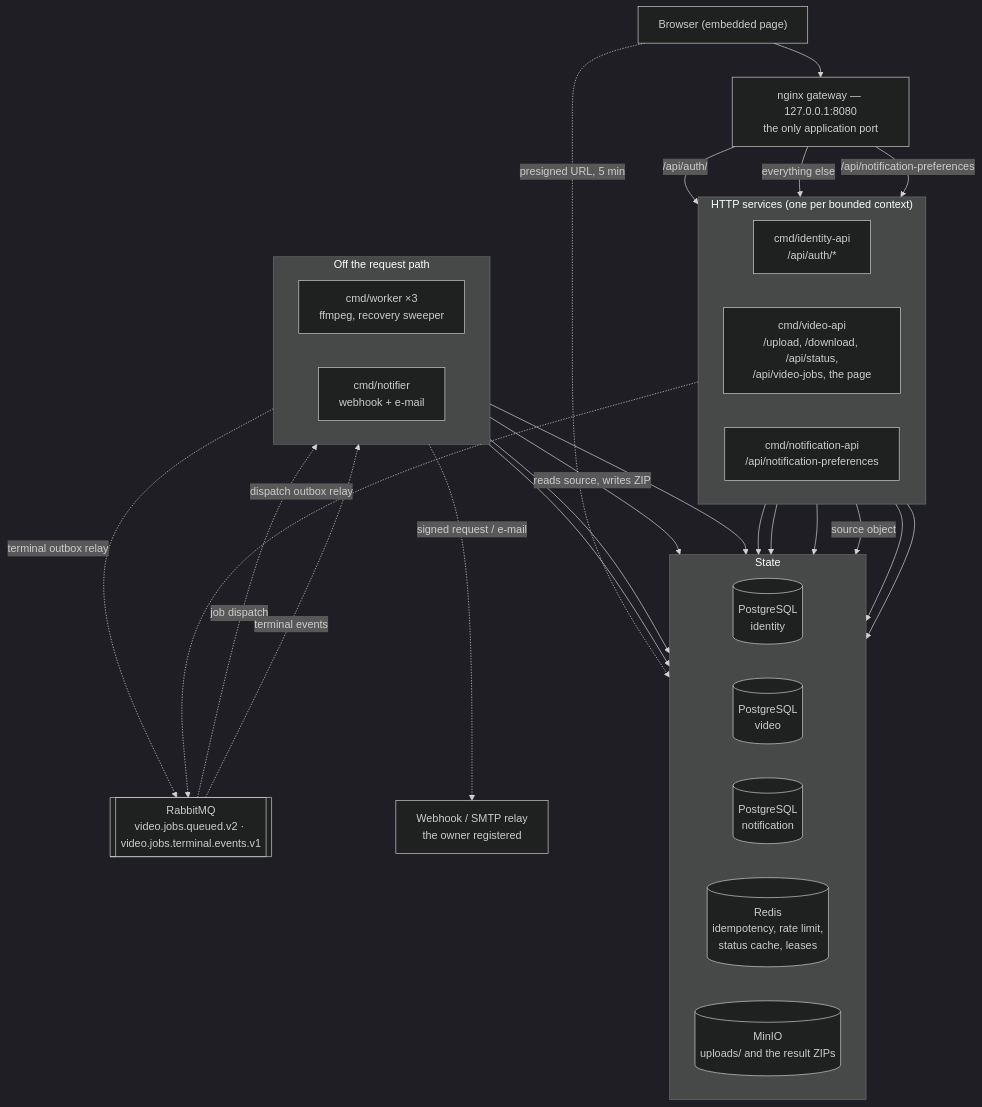
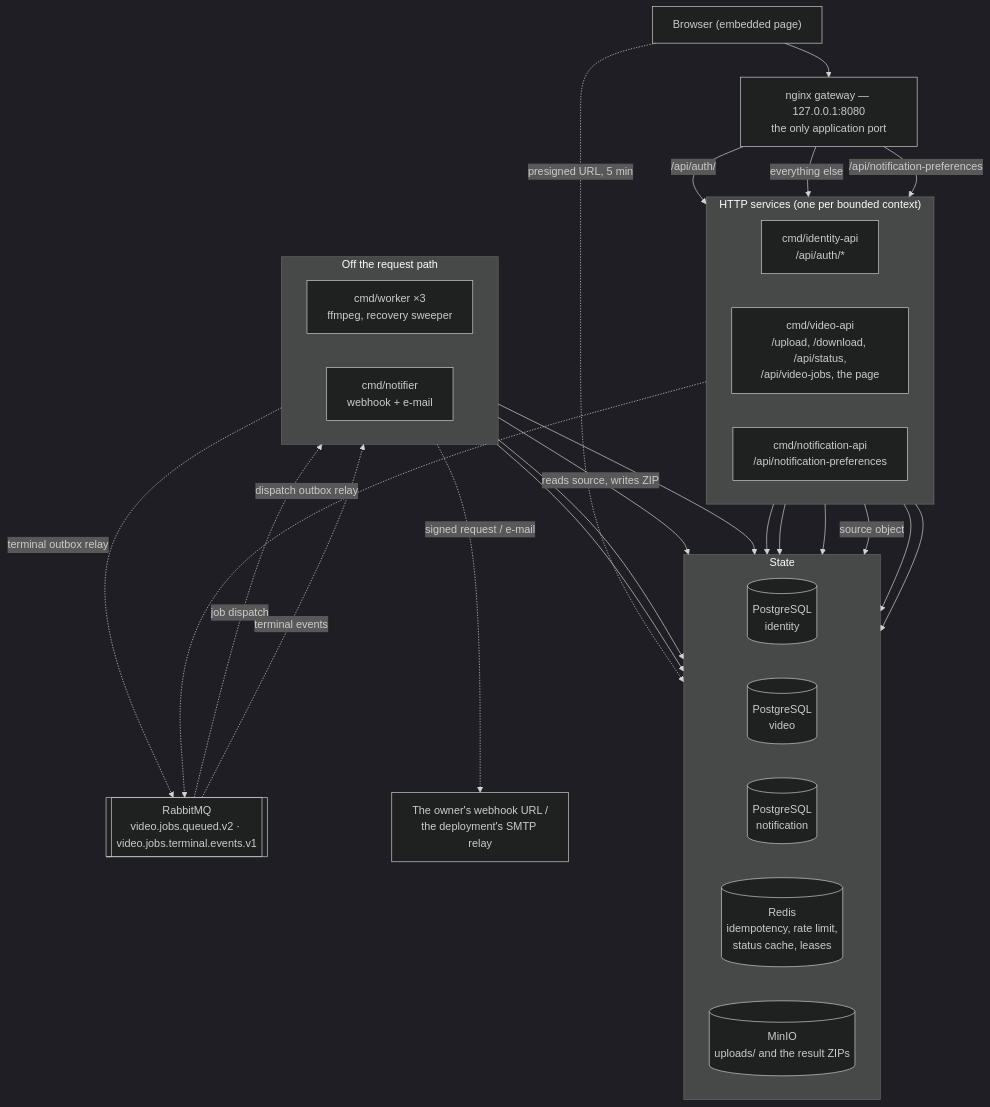
Before and after one commit to kakadlec/video-processor: the diagram in docs/architecture.md, drawn with Mermaid (dark theme). The commit also changed other lines of this file and 4 other files, not shown here.

First line of the commit message:
fix(compose): address review on the Grafana dashboard and the diagram

````diff
--- a/docs/architecture.md
+++ b/docs/architecture.md
@@ -15,55 +15,55 @@
 ```mermaid
 flowchart TB
     browser["Browser (embedded page)"]
     gateway["nginx gateway — 127.0.0.1:8080<br/>the only application port"]
 
     subgraph http["HTTP services (one per bounded context)"]
         direction LR
         identity["cmd/identity-api<br/>/api/auth/*"]
         videoapi["cmd/video-api<br/>/upload, /download, /api/status,<br/>/api/video-jobs, the page"]
         notifapi["cmd/notification-api<br/>/api/notification-preferences"]
     end
 
     rabbit[["RabbitMQ<br/>video.jobs.queued.v2 · video.jobs.terminal.events.v1"]]
 
     subgraph offpath["Off the request path"]
         direction LR
         worker["cmd/worker ×3<br/>ffmpeg, recovery sweeper"]
         notifier["cmd/notifier<br/>webhook + e-mail"]
     end
 
     subgraph stores["State"]
         direction LR
         pgi[("PostgreSQL<br/>identity")]
         pgv[("PostgreSQL<br/>video")]
         pgn[("PostgreSQL<br/>notification")]
         redis[("Redis<br/>idempotency, rate limit,<br/>status cache, leases")]
         minio[("MinIO<br/>uploads/ and the result ZIPs")]
     end
 
-    destination["Webhook / SMTP relay<br/>the owner registered"]
+    destination["The owner's webhook URL /<br/>the deployment's SMTP relay"]
 
     browser --> gateway
     gateway -->|/api/auth/| identity
     gateway -->|everything else| videoapi
     gateway -->|/api/notification-preferences| notifapi
 
     identity --> pgi
     videoapi --> pgv
     videoapi --> redis
     videoapi -->|source object| minio
     notifapi --> pgn
     notifapi --> redis
 
     videoapi -. "dispatch outbox relay" .-> rabbit
     rabbit -. "job dispatch" .-> worker
     rabbit -. "terminal events" .-> notifier
     worker -. "terminal outbox relay" .-> rabbit
 
     worker --> pgv
     worker --> redis
     worker -->|reads source, writes ZIP| minio
     notifier --> pgn
     notifier -. "signed request / e-mail" .-> destination
     browser -. "presigned URL, 5 min" .-> minio
 ```
````
